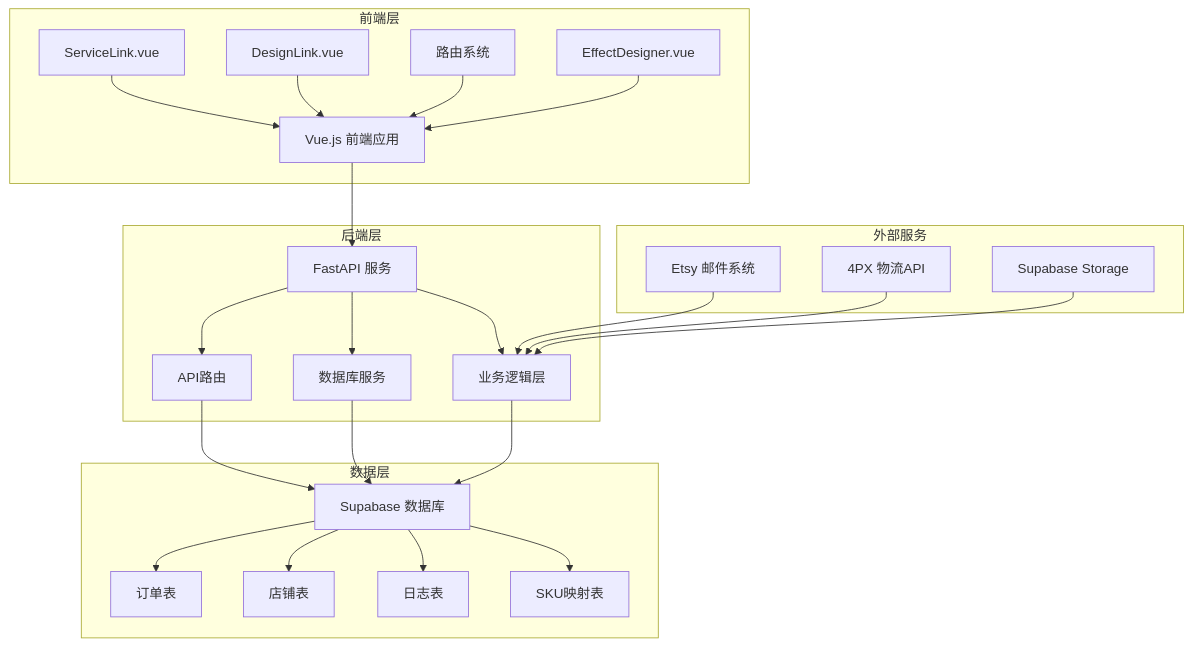
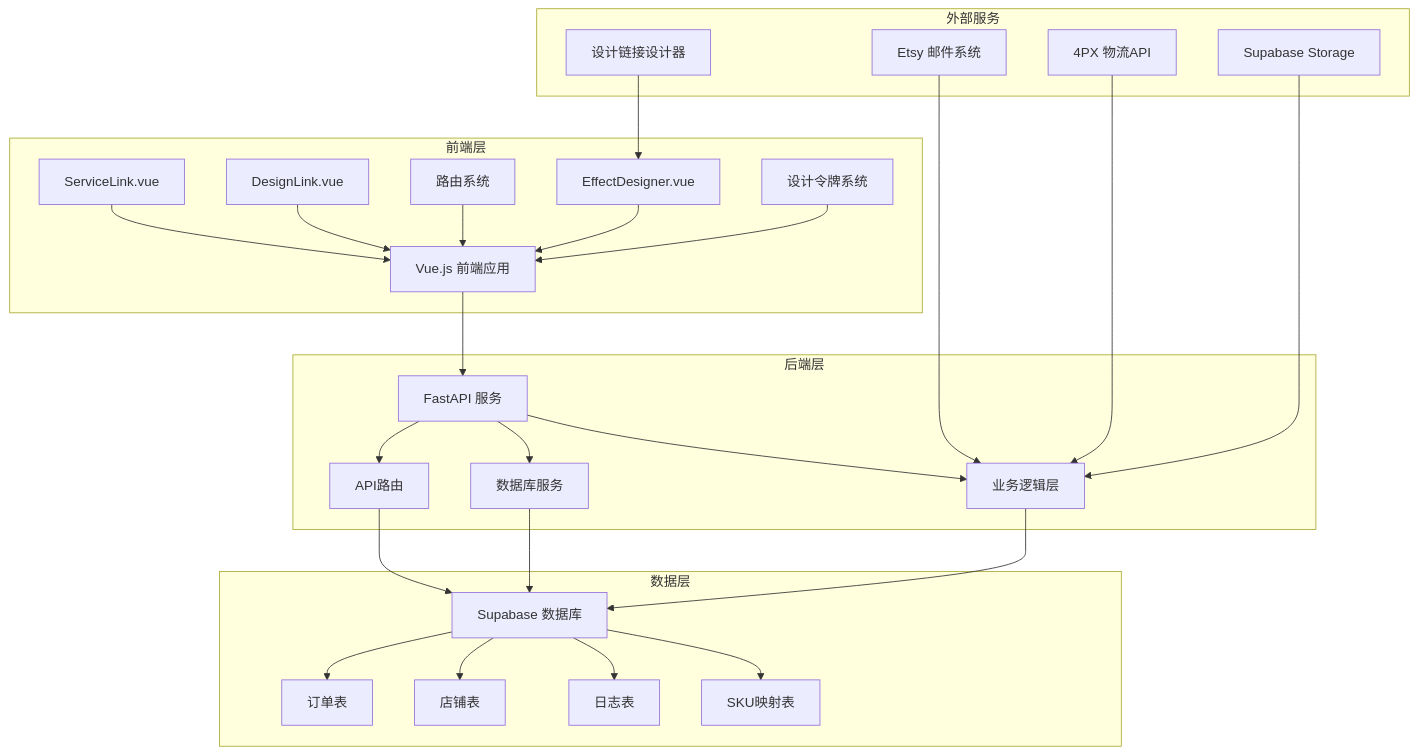
The first of 12 diagrams in .qoder/repowiki/zh/content/开发指南/客服外链双链接系统.md (SY6621/POD-Order-Management), drawn with Mermaid before and after one commit. The commit also changed other lines of this file and 17 other files, not shown here.

````diff
--- a/.qoder/repowiki/zh/content/开发指南/客服外链双链接系统.md
+++ b/.qoder/repowiki/zh/content/开发指南/客服外链双链接系统.md
@@ -59,46 +62,50 @@
 ```mermaid
 graph TB
 subgraph "前端层"
 FE1[Vue.js 前端应用]
 FE2[ServiceLink.vue]
 FE3[DesignLink.vue]
 FE4[路由系统]
 FE5[EffectDesigner.vue]
+FE6[设计令牌系统]
 end
 subgraph "后端层"
 BE1[FastAPI 服务]
 BE2[API路由]
 BE3[数据库服务]
 BE4[业务逻辑层]
 end
 subgraph "数据层"
 DB1[Supabase 数据库]
 DB2[订单表]
 DB3[店铺表]
 DB4[日志表]
 DB5[SKU映射表]
 end
 subgraph "外部服务"
 ES1[Etsy 邮件系统]
 ES2[4PX 物流API]
 ES3[Supabase Storage]
+ES4[设计链接设计器]
 end
 FE1 --> BE1
 FE2 --> FE1
 FE3 --> FE1
 FE4 --> FE1
 FE5 --> FE1
+FE6 --> FE1
 BE1 --> BE2
 BE1 --> BE3
 BE1 --> BE4
 BE2 --> DB1
 BE3 --> DB1
 BE4 --> DB1
 DB1 --> DB2
 DB1 --> DB3
 DB1 --> DB4
 DB1 --> DB5
 ES1 --> BE4
 ES2 --> BE4
 ES3 --> BE4
+ES4 --> FE5
 ```
````
